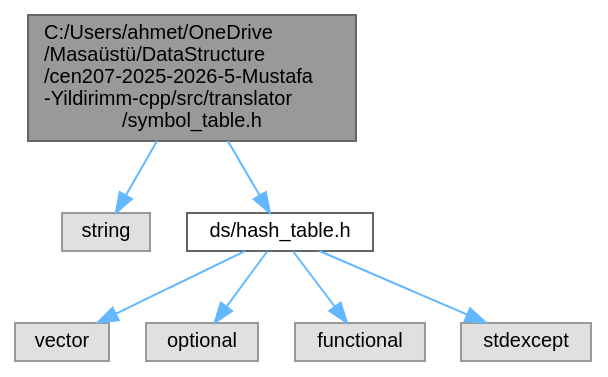
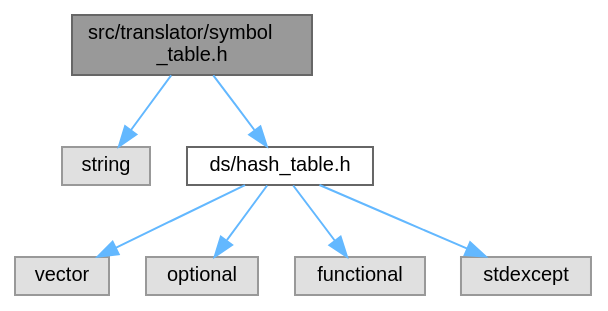
One commit to mustafayldrnn/cen207-2025-2026-5-Mustafa-Yildirimm-cpp changed the diagram in docs/doxygenlibwin/rtf/symbol__table_8h__incl.dot. Above: the diagram before and after it, drawn with Graphviz. The commit also changed 861 other files, not shown here.

```diff
--- a/docs/doxygenlibwin/rtf/symbol__table_8h__incl.dot
+++ b/docs/doxygenlibwin/rtf/symbol__table_8h__incl.dot
@@ -1,21 +1,21 @@
-digraph "C:/Users/ahmet/OneDrive/Masaüstü/DataStructure/cen207-2025-2026-5-Mustafa-Yildirimm-cpp/src/translator/symbol_table.h"
+digraph "src/translator/symbol_table.h"
 {
  // INTERACTIVE_SVG=YES
  // LATEX_PDF_SIZE
   bgcolor="transparent";
   edge [fontname=Helvetica,fontsize=10,labelfontname=Helvetica,labelfontsize=10];
   node [fontname=Helvetica,fontsize=10,shape=box,height=0.2,width=0.4];
-  Node1 [id="Node000001",label="C:/Users/ahmet/OneDrive\l/Masaüstü/DataStructure\l/cen207-2025-2026-5-Mustafa\l-Yildirimm-cpp/src/translator\l/symbol_table.h",height=0.2,width=0.4,color="gray40", fillcolor="grey60", style="filled", fontcolor="black",tooltip="Basit sembol tablosu arabirimi."];
+  Node1 [id="Node000001",label="src/translator/symbol\l_table.h",height=0.2,width=0.4,color="gray40", fillcolor="grey60", style="filled", fontcolor="black",tooltip="Basit sembol tablosu arabirimi."];
   Node1 -> Node2 [id="edge13_Node000001_Node000002",color="steelblue1",style="solid",tooltip=" "];
   Node2 [id="Node000002",label="string",height=0.2,width=0.4,color="grey60", fillcolor="#E0E0E0", style="filled",tooltip=" "];
   Node1 -> Node3 [id="edge14_Node000001_Node000003",color="steelblue1",style="solid",tooltip=" "];
   Node3 [id="Node000003",label="ds/hash_table.h",height=0.2,width=0.4,color="grey40", fillcolor="white", style="filled",URL="$hash__table_8h.html",tooltip="Kapalı adreslemeli hash tablosu implementasyonu."];
   Node3 -> Node4 [id="edge15_Node000003_Node000004",color="steelblue1",style="solid",tooltip=" "];
   Node4 [id="Node000004",label="vector",height=0.2,width=0.4,color="grey60", fillcolor="#E0E0E0", style="filled",tooltip=" "];
   Node3 -> Node5 [id="edge16_Node000003_Node000005",color="steelblue1",style="solid",tooltip=" "];
   Node5 [id="Node000005",label="optional",height=0.2,width=0.4,color="grey60", fillcolor="#E0E0E0", style="filled",tooltip=" "];
   Node3 -> Node6 [id="edge17_Node000003_Node000006",color="steelblue1",style="solid",tooltip=" "];
   Node6 [id="Node000006",label="functional",height=0.2,width=0.4,color="grey60", fillcolor="#E0E0E0", style="filled",tooltip=" "];
   Node3 -> Node7 [id="edge18_Node000003_Node000007",color="steelblue1",style="solid",tooltip=" "];
   Node7 [id="Node000007",label="stdexcept",height=0.2,width=0.4,color="grey60", fillcolor="#E0E0E0", style="filled",tooltip=" "];
 }
```
